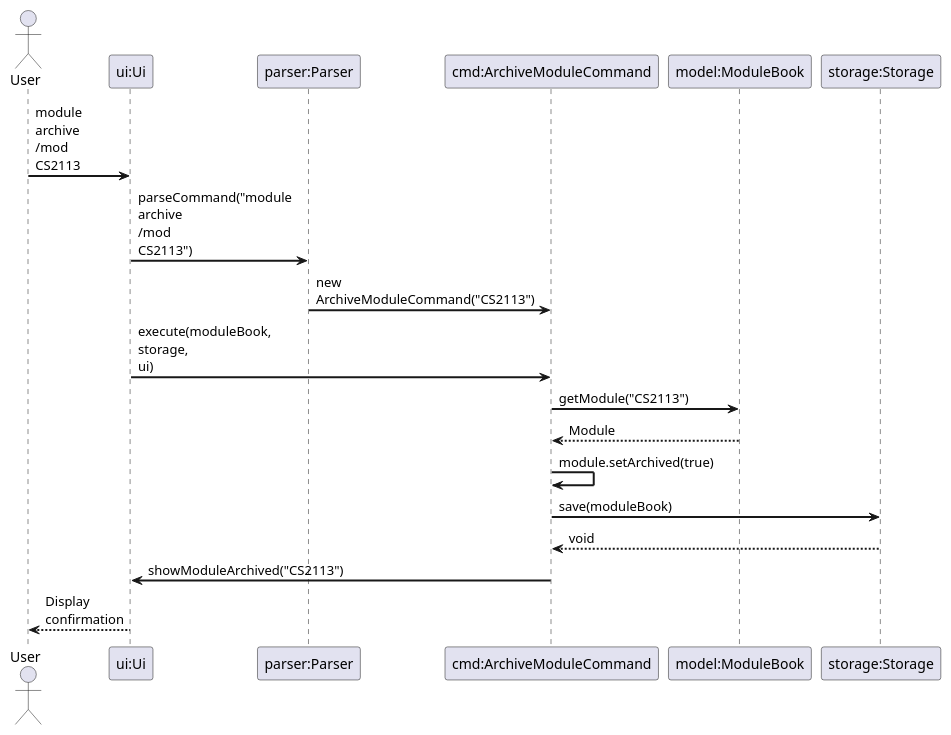
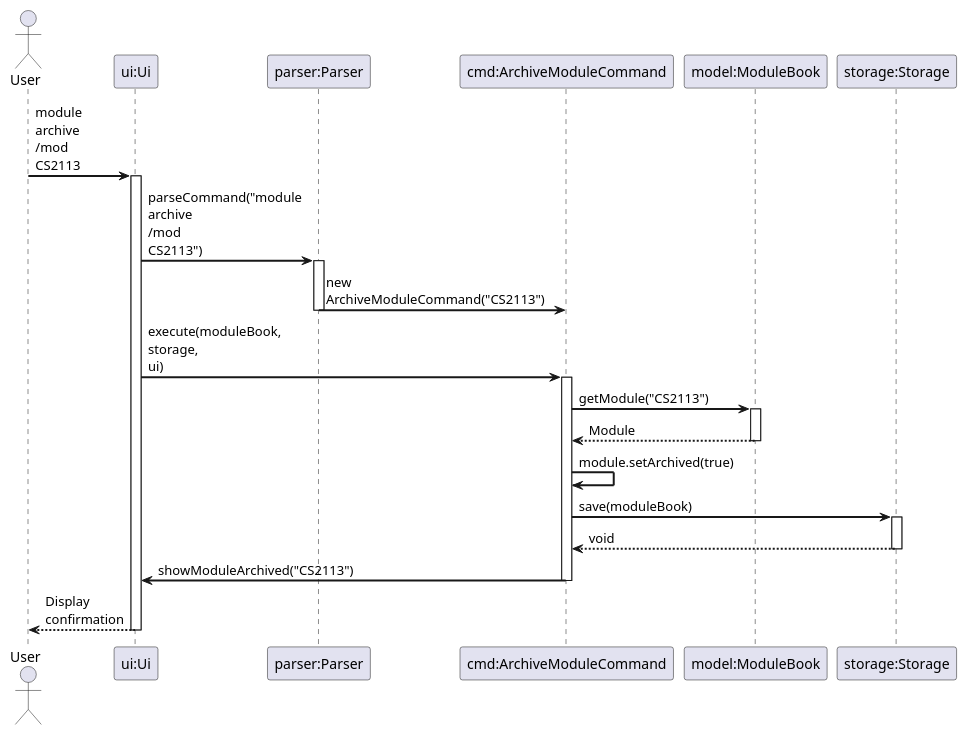
The diagram in docs/diagrams/ModuleArchivalSequenceDiagram.puml (heeelol/tp), drawn with PlantUML before and after one commit. The commit also changed 9 other files, not shown here.

First line of the commit message:
docs: Add PNG files for new sequence diagrams

```diff
--- a/docs/diagrams/ModuleArchivalSequenceDiagram.puml
+++ b/docs/diagrams/ModuleArchivalSequenceDiagram.puml
@@ -1,30 +1,43 @@
 @startuml ModuleArchivalSequenceDiagram
 
 skinparam sequenceArrowThickness 2
 skinparam roundcorner 5
 skinparam maxmessagesize 60
 
 Actor User as user
 Participant "ui:Ui" as ui
 Participant "parser:Parser" as parser
 Participant "cmd:ArchiveModuleCommand" as cmd
 Participant "model:ModuleBook" as model
 Participant "storage:Storage" as storage
 
 user -> ui: module archive /mod CS2113
+activate ui
+
 ui -> parser: parseCommand("module archive /mod CS2113")
+activate parser
 parser -> cmd: new ArchiveModuleCommand("CS2113")
+deactivate parser
+
 ui -> cmd: execute(moduleBook, storage, ui)
+activate cmd
 
 cmd -> model: getModule("CS2113")
+activate model
 model --> cmd: Module
+deactivate model
 
 cmd -> cmd: module.setArchived(true)
 
 cmd -> storage: save(moduleBook)
+activate storage
 storage --> cmd: void
+deactivate storage
 
 cmd -> ui: showModuleArchived("CS2113")
+deactivate cmd
+
 ui --> user: Display confirmation
+deactivate ui
 
 @enduml
```
